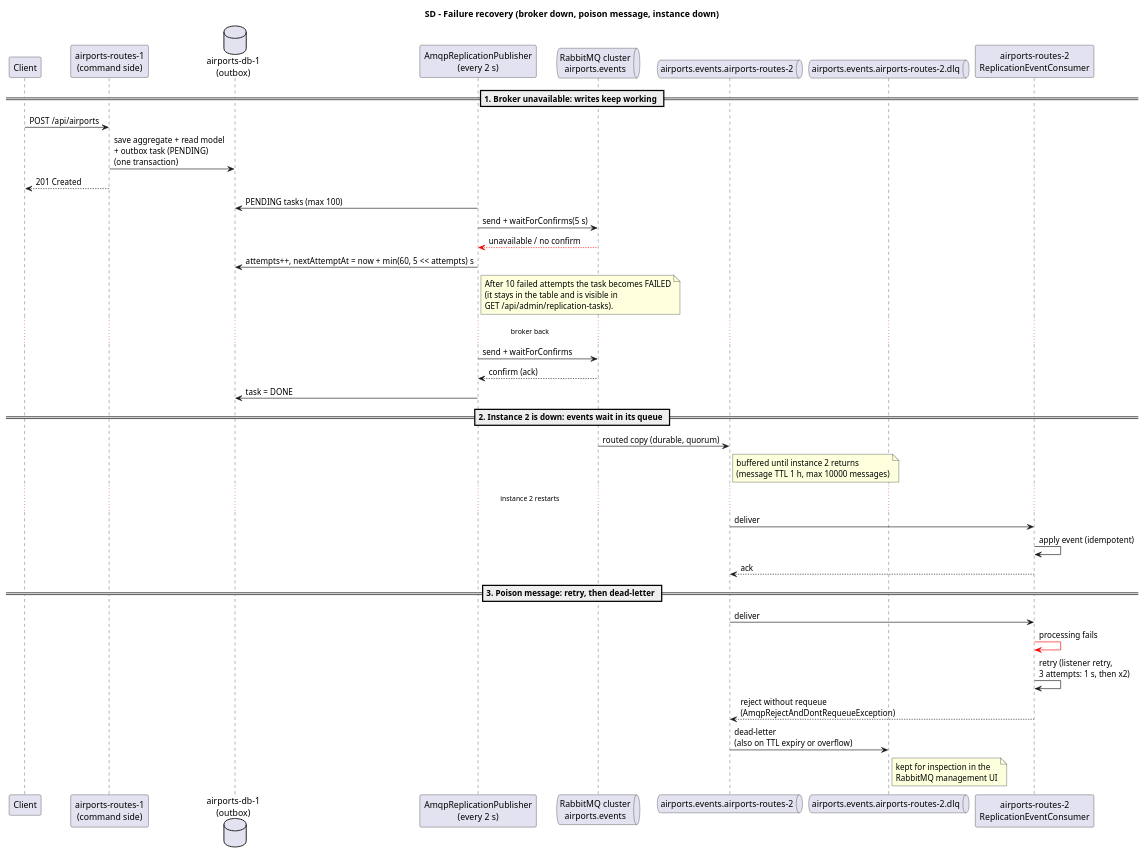
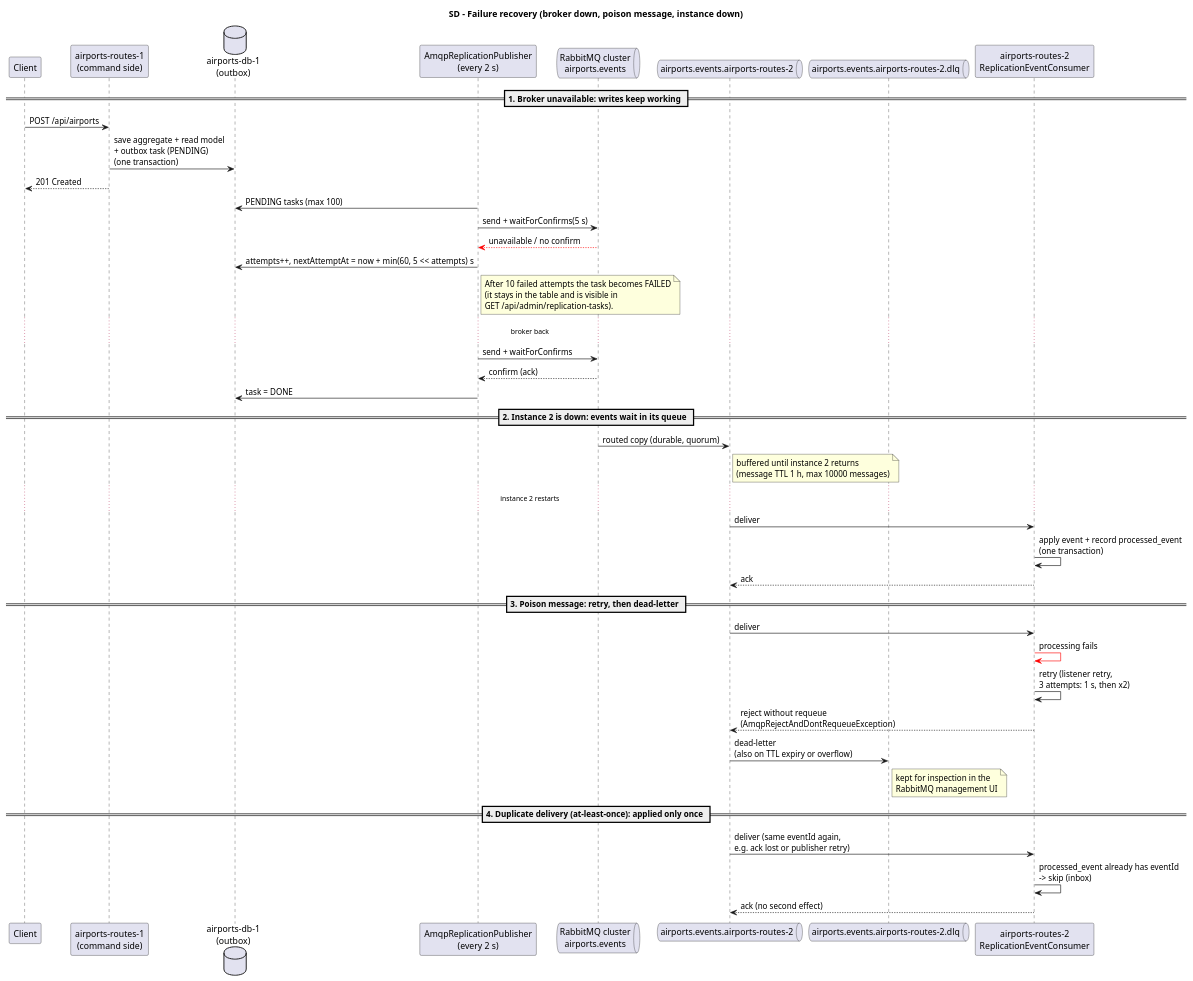
One commit to anamartasilvaa/SIDIG_AI_Safe changed the diagram in Services/Airport e Routes/airports-routes-service/docs/E2/sd-failure-recovery.puml. Above: the diagram before and after it, drawn with PlantUML. The commit also changed 12 other files, not shown here.

```diff
--- a/Services/Airport e Routes/airports-routes-service/docs/E2/sd-failure-recovery.puml
+++ b/Services/Airport e Routes/airports-routes-service/docs/E2/sd-failure-recovery.puml
@@ -1,47 +1,52 @@
 @startuml sd-failure-recovery
 skinparam shadowing false
 title SD - Failure recovery (broker down, poison message, instance down)
 
 participant "Client" as C
 participant "airports-routes-1\n(command side)" as A1
 database "airports-db-1\n(outbox)" as DB1
 participant "AmqpReplicationPublisher\n(every 2 s)" as P
 queue "RabbitMQ cluster\nairports.events" as MQ
 queue "airports.events.airports-routes-2" as Q2
 queue "airports.events.airports-routes-2.dlq" as DLQ
 participant "airports-routes-2\nReplicationEventConsumer" as A2
 
 == 1. Broker unavailable: writes keep working ==
 C -> A1 : POST /api/airports
 A1 -> DB1 : save aggregate + read model\n+ outbox task (PENDING)\n(one transaction)
 A1 --> C : 201 Created
 P -> DB1 : PENDING tasks (max 100)
 P -> MQ : send + waitForConfirms(5 s)
 MQ -[#red]-> P : unavailable / no confirm
 P -> DB1 : attempts++, nextAttemptAt = now + min(60, 5 << attempts) s
 note right of P
   After 10 failed attempts the task becomes FAILED
   (it stays in the table and is visible in
   GET /api/admin/replication-tasks).
 end note
 ... broker back ...
 P -> MQ : send + waitForConfirms
 MQ --> P : confirm (ack)
 P -> DB1 : task = DONE
 
 == 2. Instance 2 is down: events wait in its queue ==
 MQ -> Q2 : routed copy (durable, quorum)
 note right of Q2 : buffered until instance 2 returns\n(message TTL 1 h, max 10000 messages)
 ... instance 2 restarts ...
 Q2 -> A2 : deliver
-A2 -> A2 : apply event (idempotent)
+A2 -> A2 : apply event + record processed_event\n(one transaction)
 A2 --> Q2 : ack
 
 == 3. Poison message: retry, then dead-letter ==
 Q2 -> A2 : deliver
 A2 -[#red]> A2 : processing fails
 A2 -> A2 : retry (listener retry,\n3 attempts: 1 s, then x2)
 A2 --> Q2 : reject without requeue\n(AmqpRejectAndDontRequeueException)
 Q2 -> DLQ : dead-letter\n(also on TTL expiry or overflow)
 note right of DLQ : kept for inspection in the\nRabbitMQ management UI
+
+== 4. Duplicate delivery (at-least-once): applied only once ==
+Q2 -> A2 : deliver (same eventId again,\ne.g. ack lost or publisher retry)
+A2 -> A2 : processed_event already has eventId\n-> skip (inbox)
+A2 --> Q2 : ack (no second effect)
 @enduml
```
